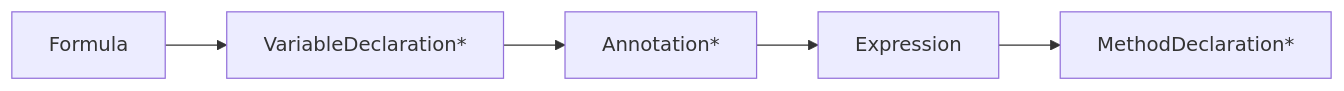
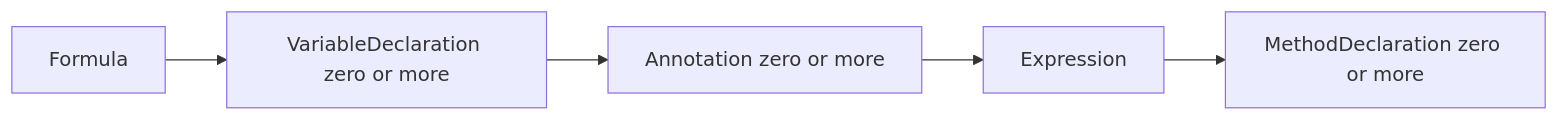
The first of 6 diagrams in docs/grammar/tinyexpression-p4-railroad.md (opaopa6969/tinyexpression), drawn with Mermaid before and after one commit. The commit also changed other lines of this file, not shown here.

Commit message:
docs: simplify Mermaid railroad labels for GitHub compatibility

````diff
--- a/docs/grammar/tinyexpression-p4-railroad.md
+++ b/docs/grammar/tinyexpression-p4-railroad.md
@@ -13,7 +13,7 @@
 ```mermaid
 flowchart LR
-  F[Formula] --> Z1[VariableDeclaration*]
-  Z1 --> Z2[Annotation*]
-  Z2 --> E[Expression]
-  E --> Z3[MethodDeclaration*]
+  F["Formula"] --> Z1["VariableDeclaration zero or more"]
+  Z1 --> Z2["Annotation zero or more"]
+  Z2 --> E["Expression"]
+  E --> Z3["MethodDeclaration zero or more"]
 ```
````
